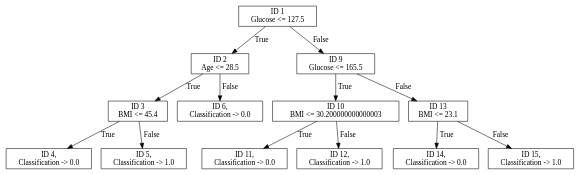
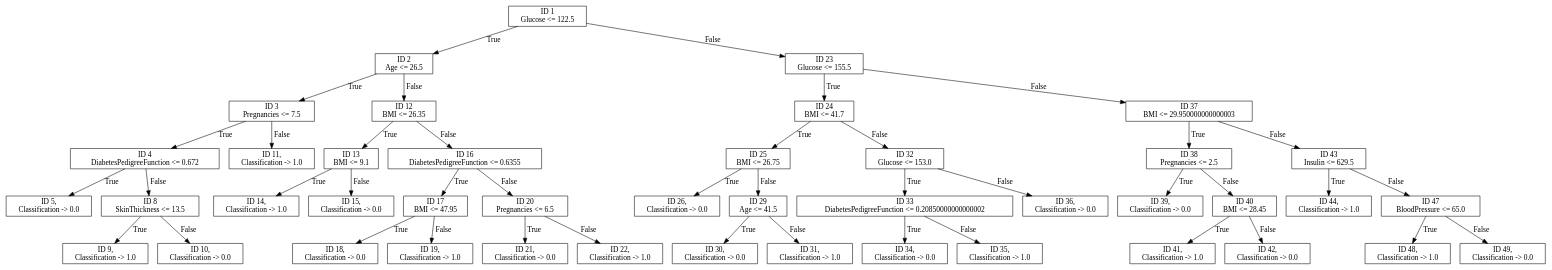
Before and after one commit to anime-sh/CS60050_Assignments: the diagram in Assign1/unpruned_best_tree_optimal_height_gini.gv, drawn with Graphviz. The commit also changed 14 other files, not shown here.

```diff
--- a/Assign1/unpruned_best_tree_optimal_height_gini.gv
+++ b/Assign1/unpruned_best_tree_optimal_height_gini.gv
@@ -1,63 +1,213 @@
 digraph "Decision Tree" {
 	node [shape=rectangle]
 	"ID 1
-Glucose <= 127.5
+Glucose <= 122.5
 " -> "ID 2
-Age <= 28.5
+Age <= 26.5
 " [label=True]
 	"ID 1
-Glucose <= 127.5
-" -> "ID 9
-Glucose <= 165.5
+Glucose <= 122.5
+" -> "ID 23
+Glucose <= 155.5
 " [label=False]
 	"ID 2
-Age <= 28.5
+Age <= 26.5
 " -> "ID 3
-BMI <= 45.4
+Pregnancies <= 7.5
 " [label=True]
 	"ID 2
-Age <= 28.5
-" -> "ID 6,
+Age <= 26.5
+" -> "ID 12
+BMI <= 26.35
+" [label=False]
+	"ID 23
+Glucose <= 155.5
+" -> "ID 24
+BMI <= 41.7
+" [label=True]
+	"ID 23
+Glucose <= 155.5
+" -> "ID 37
+BMI <= 29.950000000000003
+" [label=False]
+	"ID 3
+Pregnancies <= 7.5
+" -> "ID 4
+DiabetesPedigreeFunction <= 0.672
+" [label=True]
+	"ID 3
+Pregnancies <= 7.5
+" -> "ID 11,
+Classification -> 1.0
+" [label=False]
+	"ID 12
+BMI <= 26.35
+" -> "ID 13
+BMI <= 9.1
+" [label=True]
+	"ID 12
+BMI <= 26.35
+" -> "ID 16
+DiabetesPedigreeFunction <= 0.6355
+" [label=False]
+	"ID 24
+BMI <= 41.7
+" -> "ID 25
+BMI <= 26.75
+" [label=True]
+	"ID 24
+BMI <= 41.7
+" -> "ID 32
+Glucose <= 153.0
+" [label=False]
+	"ID 37
+BMI <= 29.950000000000003
+" -> "ID 38
+Pregnancies <= 2.5
+" [label=True]
+	"ID 37
+BMI <= 29.950000000000003
+" -> "ID 43
+Insulin <= 629.5
+" [label=False]
+	"ID 4
+DiabetesPedigreeFunction <= 0.672
+" -> "ID 5,
+Classification -> 0.0
+" [label=True]
+	"ID 4
+DiabetesPedigreeFunction <= 0.672
+" -> "ID 8
+SkinThickness <= 13.5
+" [label=False]
+	"ID 13
+BMI <= 9.1
+" -> "ID 14,
+Classification -> 1.0
+" [label=True]
+	"ID 13
+BMI <= 9.1
+" -> "ID 15,
 Classification -> 0.0
 " [label=False]
-	"ID 9
-Glucose <= 165.5
-" -> "ID 10
-BMI <= 30.200000000000003
+	"ID 16
+DiabetesPedigreeFunction <= 0.6355
+" -> "ID 17
+BMI <= 47.95
 " [label=True]
-	"ID 9
-Glucose <= 165.5
-" -> "ID 13
-BMI <= 23.1
+	"ID 16
+DiabetesPedigreeFunction <= 0.6355
+" -> "ID 20
+Pregnancies <= 6.5
 " [label=False]
-	"ID 3
-BMI <= 45.4
-" -> "ID 4,
+	"ID 25
+BMI <= 26.75
+" -> "ID 26,
 Classification -> 0.0
 " [label=True]
-	"ID 3
-BMI <= 45.4
-" -> "ID 5,
+	"ID 25
+BMI <= 26.75
+" -> "ID 29
+Age <= 41.5
+" [label=False]
+	"ID 32
+Glucose <= 153.0
+" -> "ID 33
+DiabetesPedigreeFunction <= 0.20850000000000002
+" [label=True]
+	"ID 32
+Glucose <= 153.0
+" -> "ID 36,
+Classification -> 0.0
+" [label=False]
+	"ID 38
+Pregnancies <= 2.5
+" -> "ID 39,
+Classification -> 0.0
+" [label=True]
+	"ID 38
+Pregnancies <= 2.5
+" -> "ID 40
+BMI <= 28.45
+" [label=False]
+	"ID 43
+Insulin <= 629.5
+" -> "ID 44,
+Classification -> 1.0
+" [label=True]
+	"ID 43
+Insulin <= 629.5
+" -> "ID 47
+BloodPressure <= 65.0
+" [label=False]
+	"ID 8
+SkinThickness <= 13.5
+" -> "ID 9,
+Classification -> 1.0
+" [label=True]
+	"ID 8
+SkinThickness <= 13.5
+" -> "ID 10,
+Classification -> 0.0
+" [label=False]
+	"ID 17
+BMI <= 47.95
+" -> "ID 18,
+Classification -> 0.0
+" [label=True]
+	"ID 17
+BMI <= 47.95
+" -> "ID 19,
 Classification -> 1.0
 " [label=False]
-	"ID 10
-BMI <= 30.200000000000003
-" -> "ID 11,
+	"ID 20
+Pregnancies <= 6.5
+" -> "ID 21,
 Classification -> 0.0
 " [label=True]
-	"ID 10
-BMI <= 30.200000000000003
-" -> "ID 12,
+	"ID 20
+Pregnancies <= 6.5
+" -> "ID 22,
 Classification -> 1.0
 " [label=False]
-	"ID 13
-BMI <= 23.1
-" -> "ID 14,
+	"ID 29
+Age <= 41.5
+" -> "ID 30,
 Classification -> 0.0
 " [label=True]
-	"ID 13
-BMI <= 23.1
-" -> "ID 15,
+	"ID 29
+Age <= 41.5
+" -> "ID 31,
 Classification -> 1.0
 " [label=False]
+	"ID 33
+DiabetesPedigreeFunction <= 0.20850000000000002
+" -> "ID 34,
+Classification -> 0.0
+" [label=True]
+	"ID 33
+DiabetesPedigreeFunction <= 0.20850000000000002
+" -> "ID 35,
+Classification -> 1.0
+" [label=False]
+	"ID 40
+BMI <= 28.45
+" -> "ID 41,
+Classification -> 1.0
+" [label=True]
+	"ID 40
+BMI <= 28.45
+" -> "ID 42,
+Classification -> 0.0
+" [label=False]
+	"ID 47
+BloodPressure <= 65.0
+" -> "ID 48,
+Classification -> 1.0
+" [label=True]
+	"ID 47
+BloodPressure <= 65.0
+" -> "ID 49,
+Classification -> 0.0
+" [label=False]
 }
```
